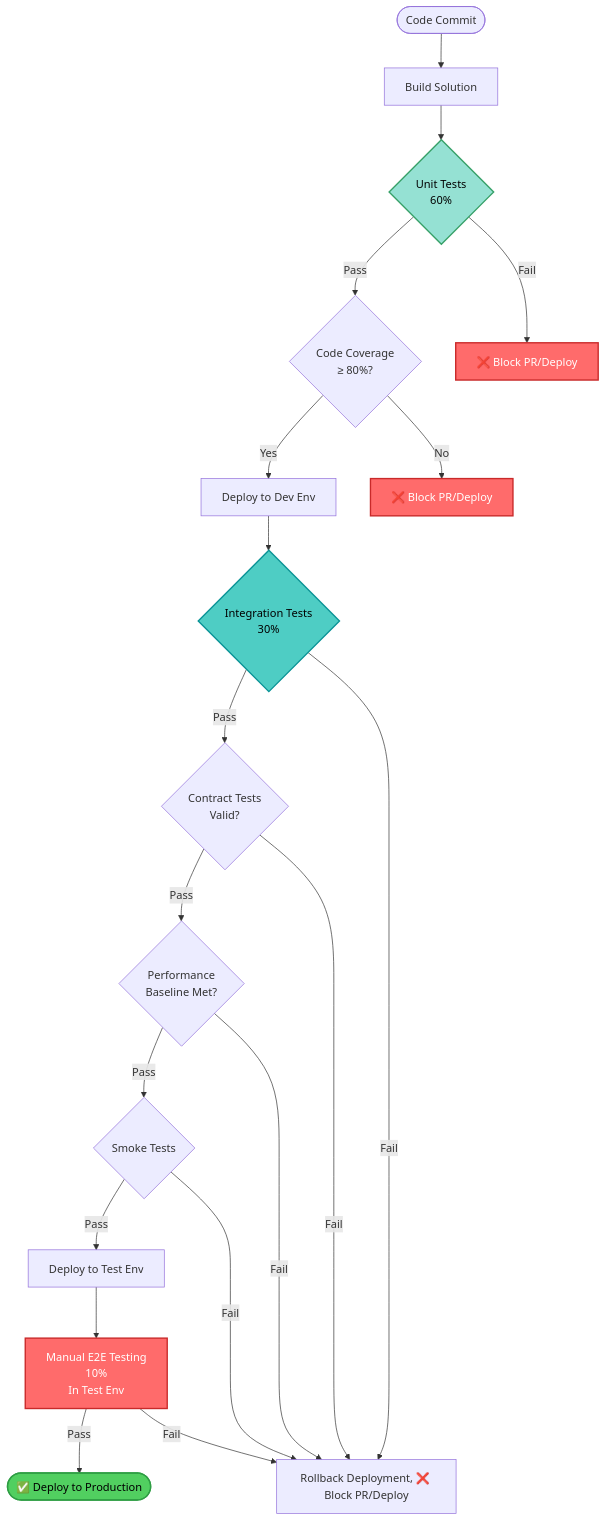
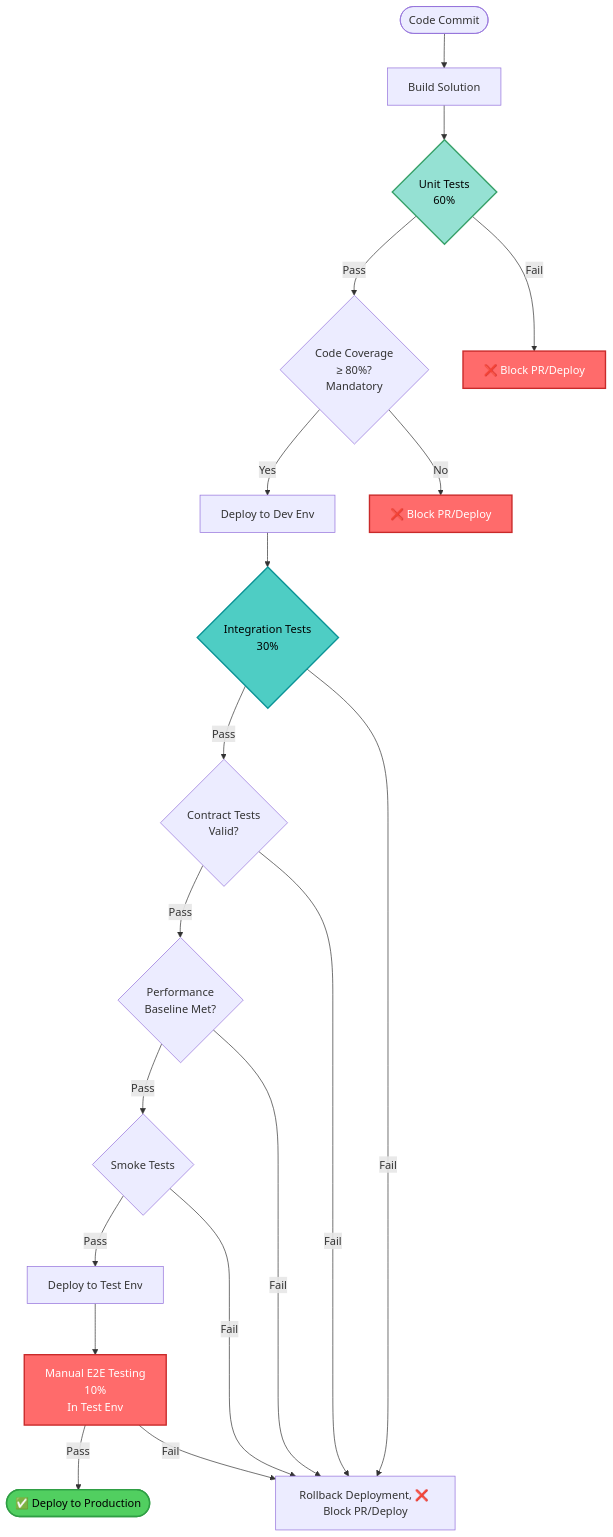
The third of 8 diagrams in architecture/docs/AUTOMATION_TESTING_STANDARD.md (mojtaba-rezaei/testing-strategy), drawn with Mermaid before and after one commit. The commit also changed other lines of this file and 5 other files, not shown here.

Commit message:
Feat: Add mandetory minimum code coverage

````diff
--- a/architecture/docs/AUTOMATION_TESTING_STANDARD.md
+++ b/architecture/docs/AUTOMATION_TESTING_STANDARD.md
@@ -241,37 +241,37 @@
 ```mermaid
 flowchart TD
     START([Code Commit]) --> BUILD[Build Solution]
     BUILD --> UNIT{Unit Tests<br/>60%}
 
-    UNIT -->|Pass| COV{Code Coverage<br/>≥ 80%?}
+    UNIT -->|Pass| COV{Code Coverage<br/>≥ 80%?<br/>Mandatory}
     UNIT -->|Fail| FAIL1[❌ Block PR/Deploy]
 
     COV -->|Yes| DEV[Deploy to Dev Env]
     COV -->|No| FAIL2[❌ Block PR/Deploy]
 
     DEV --> INT{Integration Tests<br/>30%}
 
     INT -->|Pass| CONTRACT{Contract Tests<br/>Valid?}
     INT -->|Fail| ROLLBACK[Rollback Deployment, ❌ Block PR/Deploy]
 
     CONTRACT -->|Pass| PERF{Performance<br/>Baseline Met?}
     CONTRACT -->|Fail| ROLLBACK
 
     PERF -->|Pass| SMOKE{Smoke Tests}
     PERF -->|Fail| ROLLBACK
 
     SMOKE -->|Pass| TEST[Deploy to Test Env]
     SMOKE -->|Fail| ROLLBACK
 
     TEST --> E2E[Manual E2E Testing<br/>10%<br/>In Test Env]
 
     E2E -->|Pass| PROD([✅ Deploy to Production])
     E2E -->|Fail| ROLLBACK
 
     style UNIT fill:#95e1d3,stroke:#38a169,stroke-width:2px,color:#000
     style INT fill:#4ecdc4,stroke:#0a9396,stroke-width:2px,color:#000
     style E2E fill:#ff6b6b,stroke:#c92a2a,stroke-width:2px,color:#fff
     style FAIL1 fill:#ff6b6b,stroke:#c92a2a,stroke-width:2px,color:#fff
     style FAIL2 fill:#ff6b6b,stroke:#c92a2a,stroke-width:2px,color:#fff
     style PROD fill:#51cf60,stroke:#2f9e44,stroke-width:2px,color:#000
 ```
````
